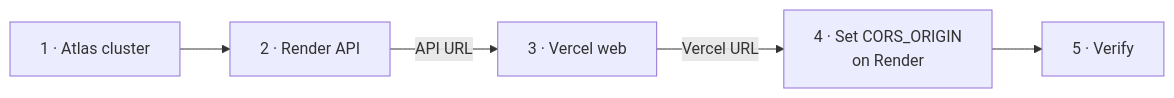
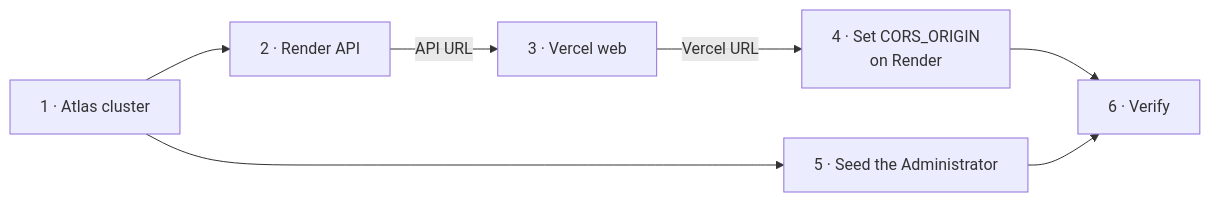
Before and after one commit to yassinehayine/AgencyFlow: the diagram in docs/DEPLOYMENT.md, drawn with Mermaid. The commit also changed other lines of this file and 1 other file, not shown here.

````diff
--- a/docs/DEPLOYMENT.md
+++ b/docs/DEPLOYMENT.md
@@ -28,7 +28,9 @@
 ```mermaid
 flowchart LR
     A[1 · Atlas cluster] --> B[2 · Render API]
     B -->|API URL| C[3 · Vercel web]
     C -->|Vercel URL| D[4 · Set CORS_ORIGIN<br/>on Render]
-    D --> E[5 · Verify]
+    A --> S[5 · Seed the Administrator]
+    D --> E[6 · Verify]
+    S --> E
 ```
````
